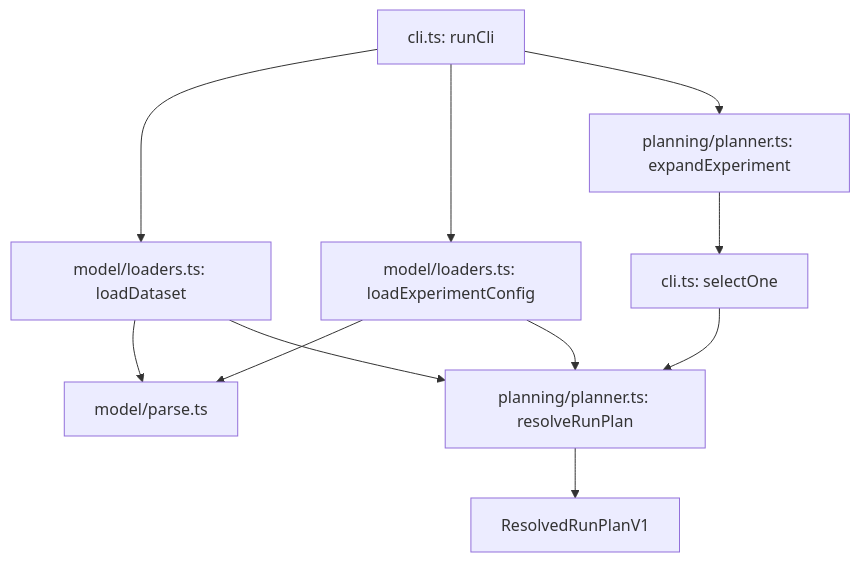
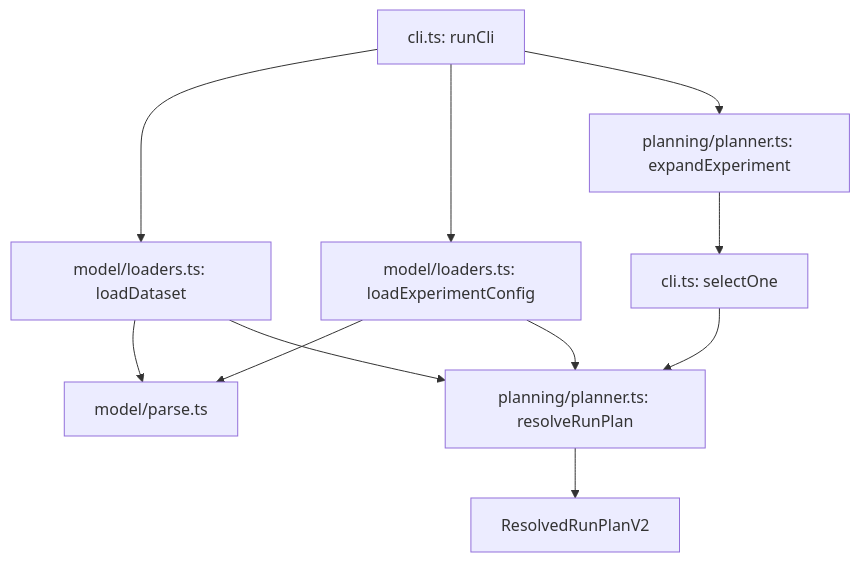
Before and after one commit to stripe/forge: the second of 3 diagrams in docs/codebase-guide.md, drawn with Mermaid. The commit also changed other lines of this file and 53 other files, not shown here.

````diff
--- a/docs/codebase-guide.md
+++ b/docs/codebase-guide.md
@@ -144,18 +144,18 @@
 ```mermaid
 flowchart TD
     CLI[cli.ts: runCli]
     LD[model/loaders.ts: loadDataset]
     LE[model/loaders.ts: loadExperimentConfig]
     PM[model/parse.ts]
     EX[planning/planner.ts: expandExperiment]
     SEL[cli.ts: selectOne]
     RP[planning/planner.ts: resolveRunPlan]
-    PLAN[ResolvedRunPlanV1]
+    PLAN[ResolvedRunPlanV2]
 
     CLI --> LD --> PM
     CLI --> LE --> PM
     CLI --> EX --> SEL --> RP
     LD --> RP
     LE --> RP
     RP --> PLAN
 ```
````
